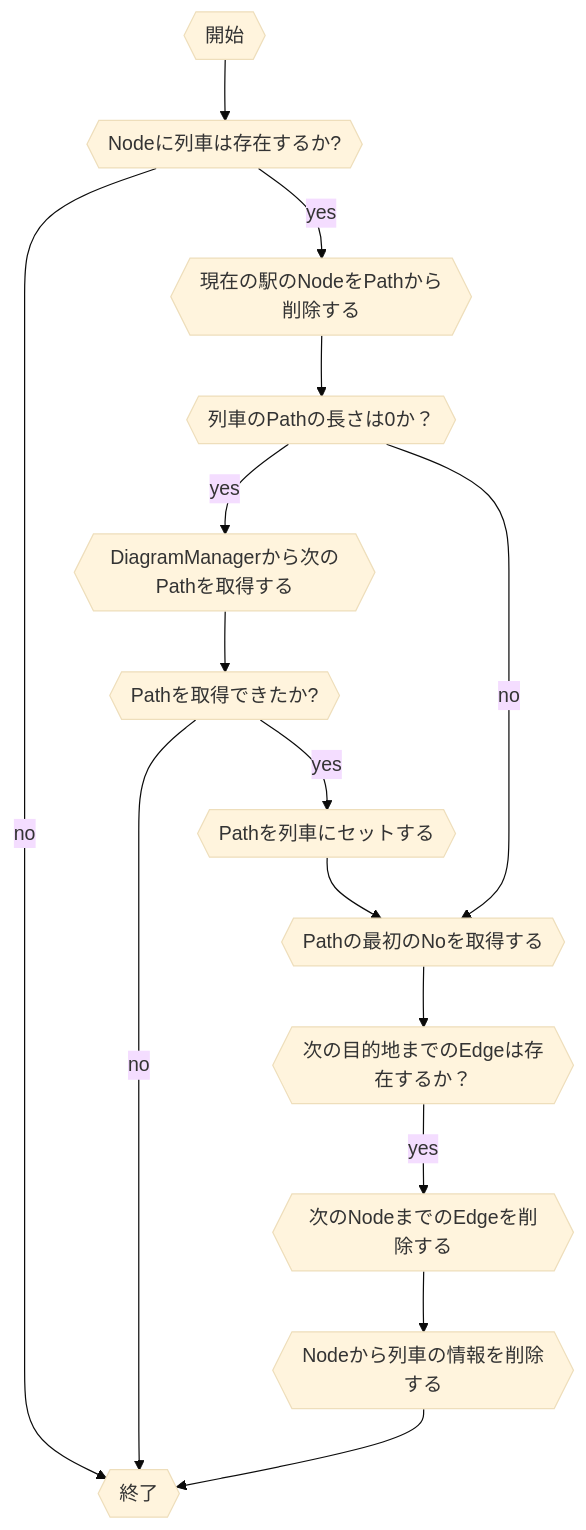
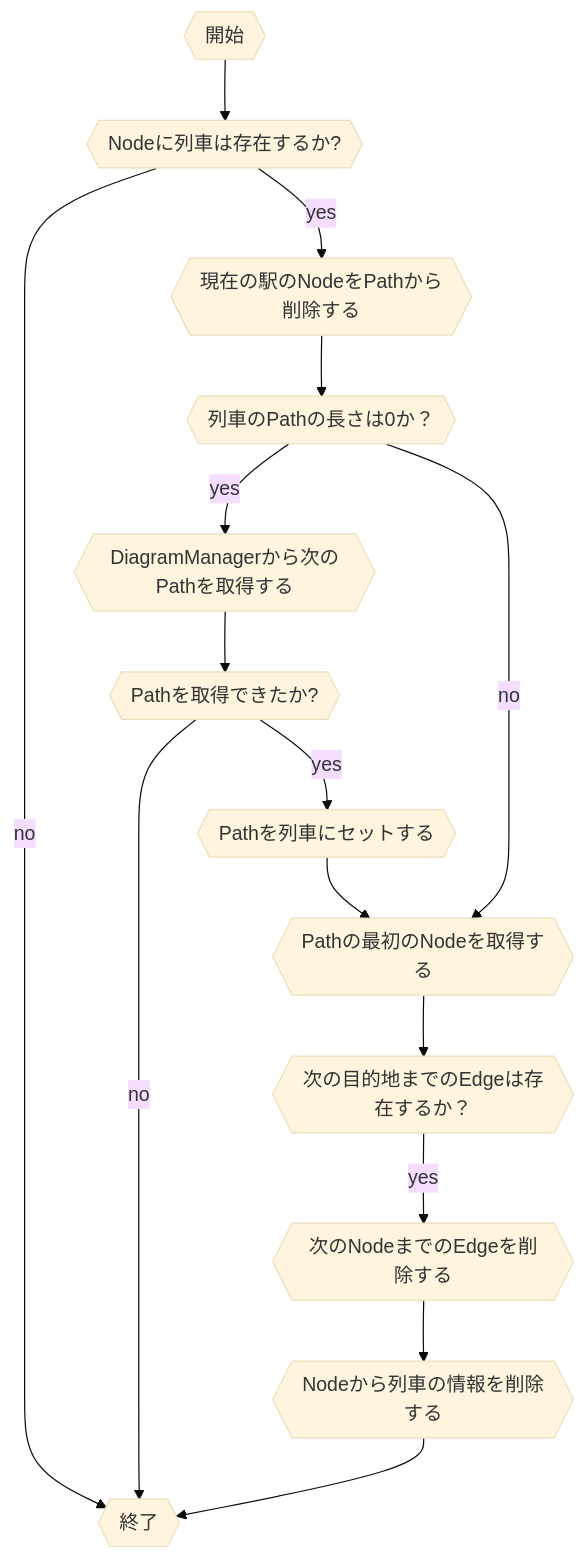
The second of 3 diagrams in documents/src/software/auto_operation/algorith.md (ueckoken/plarail2023), drawn with Mermaid (base theme) before and after one commit.

````diff
--- a/documents/src/software/auto_operation/algorith.md
+++ b/documents/src/software/auto_operation/algorith.md
@@ -41,20 +41,20 @@
 ```mermaid
 flowchart TD
   idstart{{"開始"}}
   idstart --> id0{{"Nodeに列車は存在するか?"}}
   id0 -->|yes| idQ{{"現在の駅のNodeをPathから削除する"}}
   idQ --> id
   id0 -->|no| idend{{"終了"}}
   id{{"列車のPathの長さは0か？"}}
   id -->|yes| id1{{"DiagramManagerから次のPathを取得する"}}
   id1 --> id6
   id6{{"Pathを取得できたか?"}}
   id6 -->|no| idend
   id6 -->|yes| id7{{"Pathを列車にセットする"}}
   id7 --> id2
-  id -->|no| id2{{"Pathの最初のNoを取得する"}}
+  id -->|no| id2{{"Pathの最初のNodeを取得する"}}
   id2 --> id3{{"次の目的地までのEdgeは存在するか？"}}
   id3 -->|yes| id4{{"次のNodeまでのEdgeを削除する"}}
   id4 --> id5{{"Nodeから列車の情報を削除する"}}
   id5 --> idend
 ```
````
